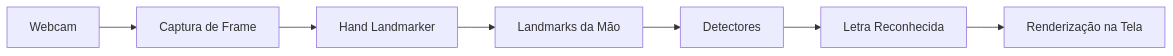
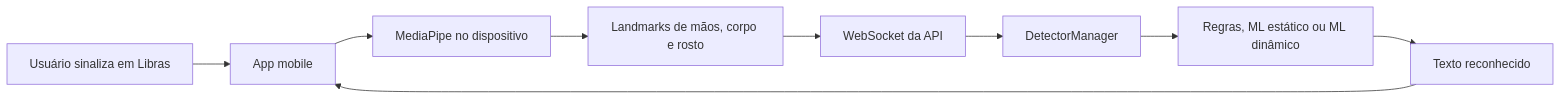
Before and after one commit to CarlosEduFF/Li-Vision: the diagram in docs/index.md, drawn with Mermaid. The commit also changed other lines of this file and 22 other files, not shown here.

````diff
--- a/docs/index.md
+++ b/docs/index.md
@@ -50,9 +20,11 @@
 ```mermaid
-graph LR
-A[Webcam] --> B[Captura de Frame]
-B --> C[Hand Landmarker]
-C --> D[Landmarks da Mão]
-D --> E[Detectores]
-E --> F[Letra Reconhecida]
-F --> G[Renderização na Tela]
+flowchart LR
+    U[Usuário sinaliza em Libras] --> A[App mobile]
+    A --> M[MediaPipe no dispositivo]
+    M --> L[Landmarks de mãos, corpo e rosto]
+    L --> W[WebSocket da API]
+    W --> D[DetectorManager]
+    D --> R[Regras, ML estático ou ML dinâmico]
+    R --> T[Texto reconhecido]
+    T --> A
 ```
````
